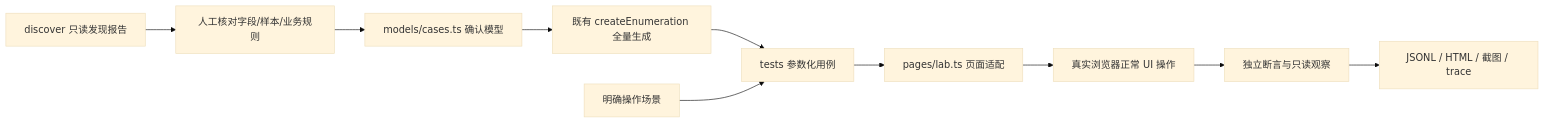
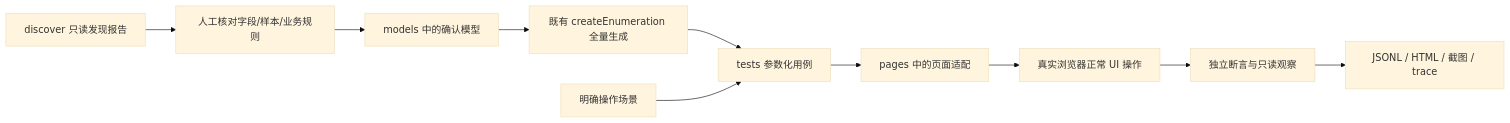
One commit to zmh117/ui-automation changed the diagram in automation/README.md. Above: the diagram before and after it, drawn with Mermaid (base theme). The commit also changed other lines of this file and 27 other files, not shown here.

````diff
--- a/automation/README.md
+++ b/automation/README.md
@@ -71,12 +86,12 @@
 ```mermaid
 flowchart LR
   D[discover 只读发现报告] --> R[人工核对字段/样本/业务规则]
-  R --> M[models/cases.ts 确认模型]
+  R --> M[models 中的确认模型]
   M --> E[既有 createEnumeration 全量生成]
   E --> T[tests 参数化用例]
   B[明确操作场景] --> T
-  T --> P[pages/lab.ts 页面适配]
+  T --> P[pages 中的页面适配]
   P --> U[真实浏览器正常 UI 操作]
   U --> A[独立断言与只读观察]
   A --> O[JSONL / HTML / 截图 / trace]
 ```
````
